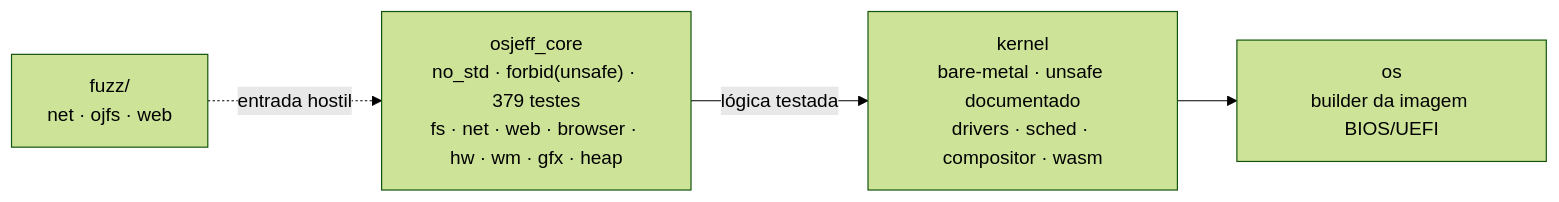
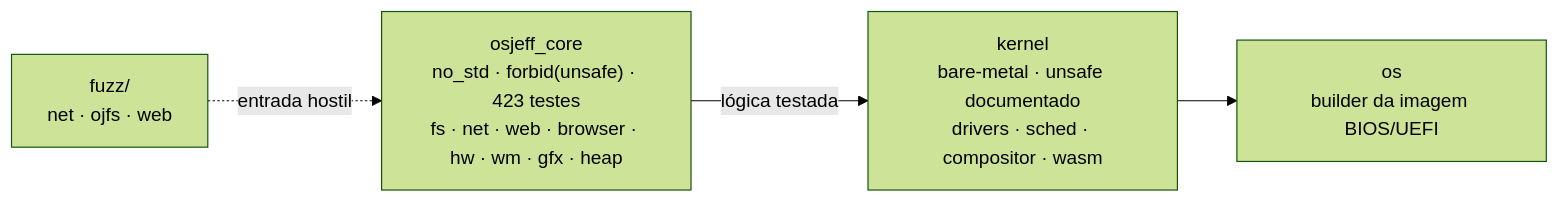
The diagram in README.md (Jeffinp/OSjeff), drawn with Mermaid (forest theme) before and after one commit. The commit also changed other lines of this file and 6 other files, not shown here.

````diff
--- a/README.md
+++ b/README.md
@@ -91,9 +91,9 @@
 ```mermaid
 flowchart LR
-    CORE["osjeff_core<br/>no_std · forbid(unsafe) · 379 testes<br/>fs · net · web · browser · hw · wm · gfx · heap"]
+    CORE["osjeff_core<br/>no_std · forbid(unsafe) · 423 testes<br/>fs · net · web · browser · hw · wm · gfx · heap"]
     KERNEL["kernel<br/>bare-metal · unsafe documentado<br/>drivers · sched · compositor · wasm"]
     OS["os<br/>builder da imagem BIOS/UEFI"]
     FUZZ["fuzz/<br/>net · ojfs · web"]
     CORE -->|lógica testada| KERNEL --> OS
     FUZZ -.->|entrada hostil| CORE
 ```
````
